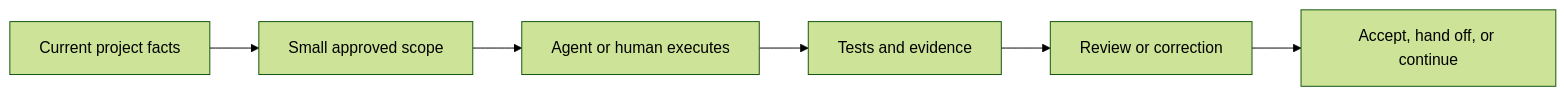
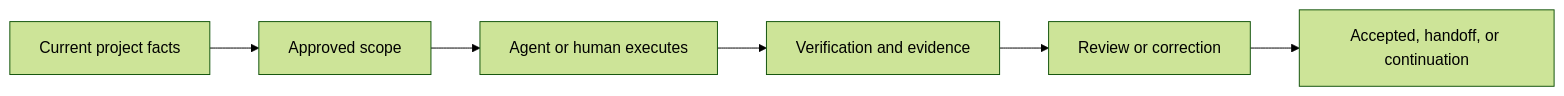
One commit to JoeKeepGo/SAGE-Kit changed the diagram in README.md. Above: the diagram before and after it, drawn with Mermaid (forest theme). The commit also changed other lines of this file and 132 other files, not shown here.

````diff
--- a/README.md
+++ b/README.md
@@ -176,8 +104,8 @@
 ```mermaid
 flowchart LR
-  A["Current project facts"] --> B["Small approved scope"]
+  A["Current project facts"] --> B["Approved scope"]
   B --> C["Agent or human executes"]
-  C --> D["Tests and evidence"]
+  C --> D["Verification and evidence"]
   D --> E["Review or correction"]
-  E --> F["Accept, hand off, or continue"]
+  E --> F["Accepted, handoff, or continuation"]
 ```
````
